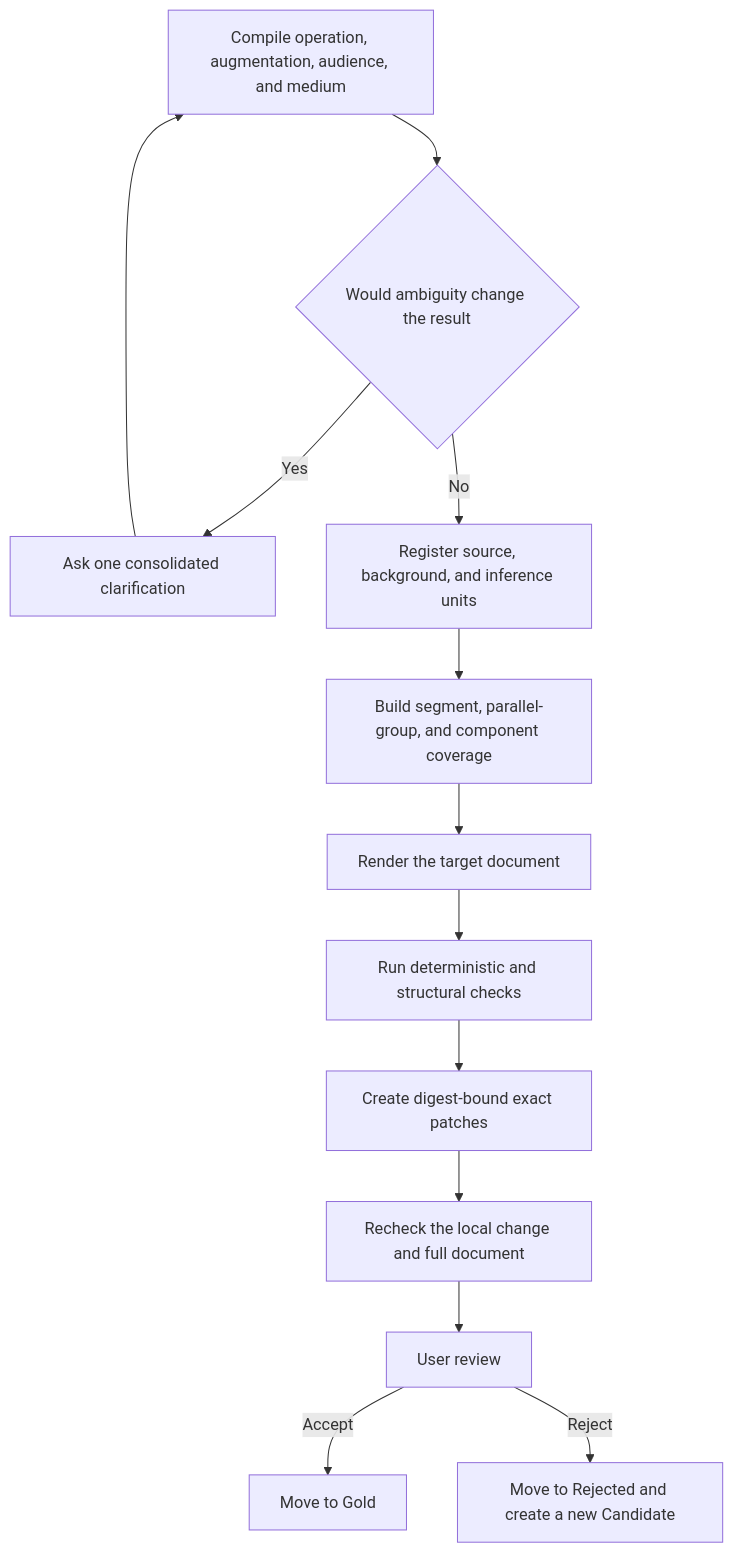
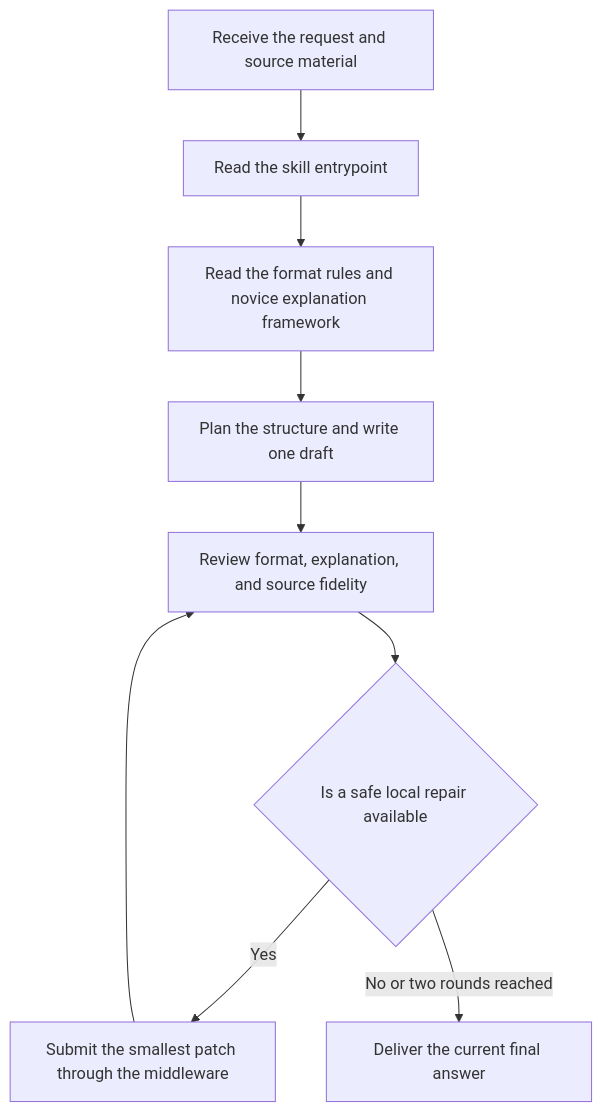
Before and after one commit to AIALRA-0/agent-human-readable-technical-writing: the diagram in README.en.md, drawn with Mermaid. The commit also changed other lines of this file and 1 other file, not shown here.

````diff
--- a/README.en.md
+++ b/README.en.md
@@ -38,15 +78,11 @@
 ```mermaid
 flowchart TD
-    A[Compile operation, augmentation, audience, and medium] --> B{Would ambiguity change the result}
-    B -->|Yes| C[Ask one consolidated clarification]
-    C --> A
-    B -->|No| D[Register source, background, and inference units]
-    D --> E[Build segment, parallel-group, and component coverage]
-    E --> F[Render the target document]
-    F --> G[Run deterministic and structural checks]
-    G --> H[Create digest-bound exact patches]
-    H --> I[Recheck the local change and full document]
-    I --> J[User review]
-    J -->|Accept| K[Move to Gold]
-    J -->|Reject| L[Move to Rejected and create a new Candidate]
+    A[Receive the request and source material] --> B[Read the skill entrypoint]
+    B --> C[Read the format rules and novice explanation framework]
+    C --> D[Plan the structure and write one draft]
+    D --> E[Review format, explanation, and source fidelity]
+    E --> F{Is a safe local repair available}
+    F -->|Yes| G[Submit the smallest patch through the middleware]
+    G --> E
+    F -->|No or two rounds reached| H[Deliver the current final answer]
 ```
````
